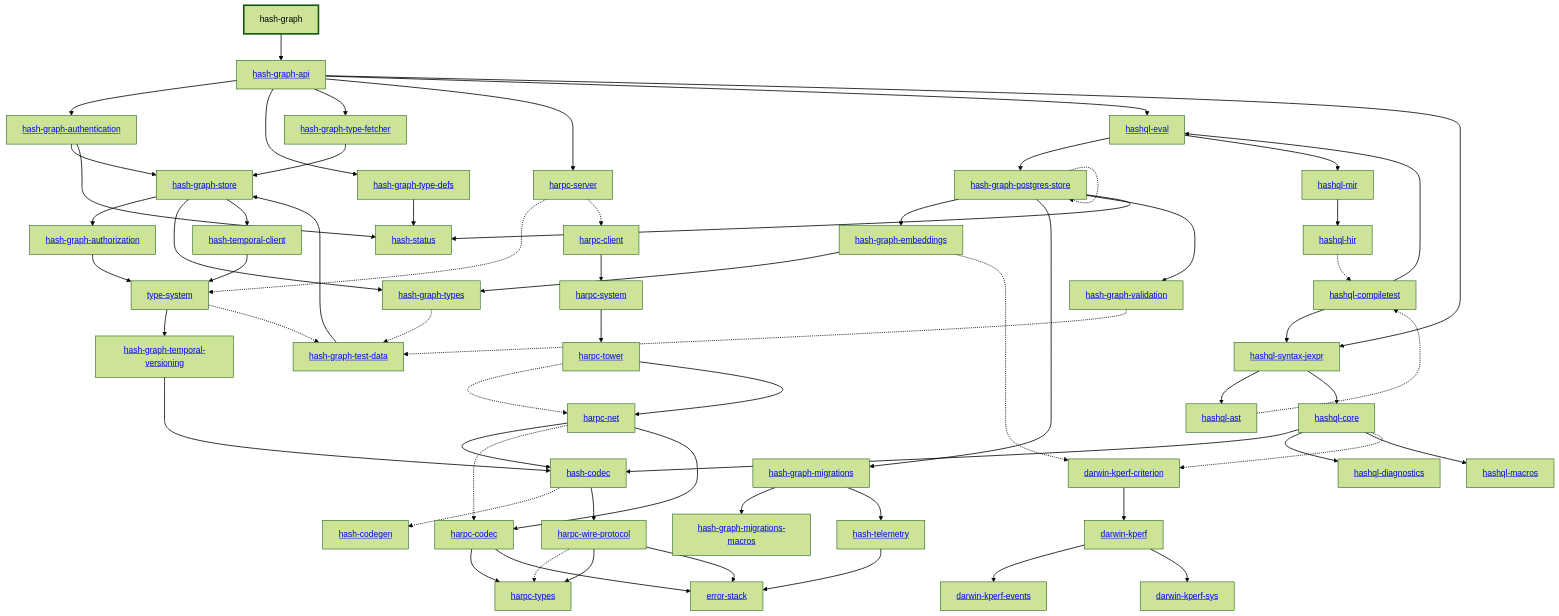
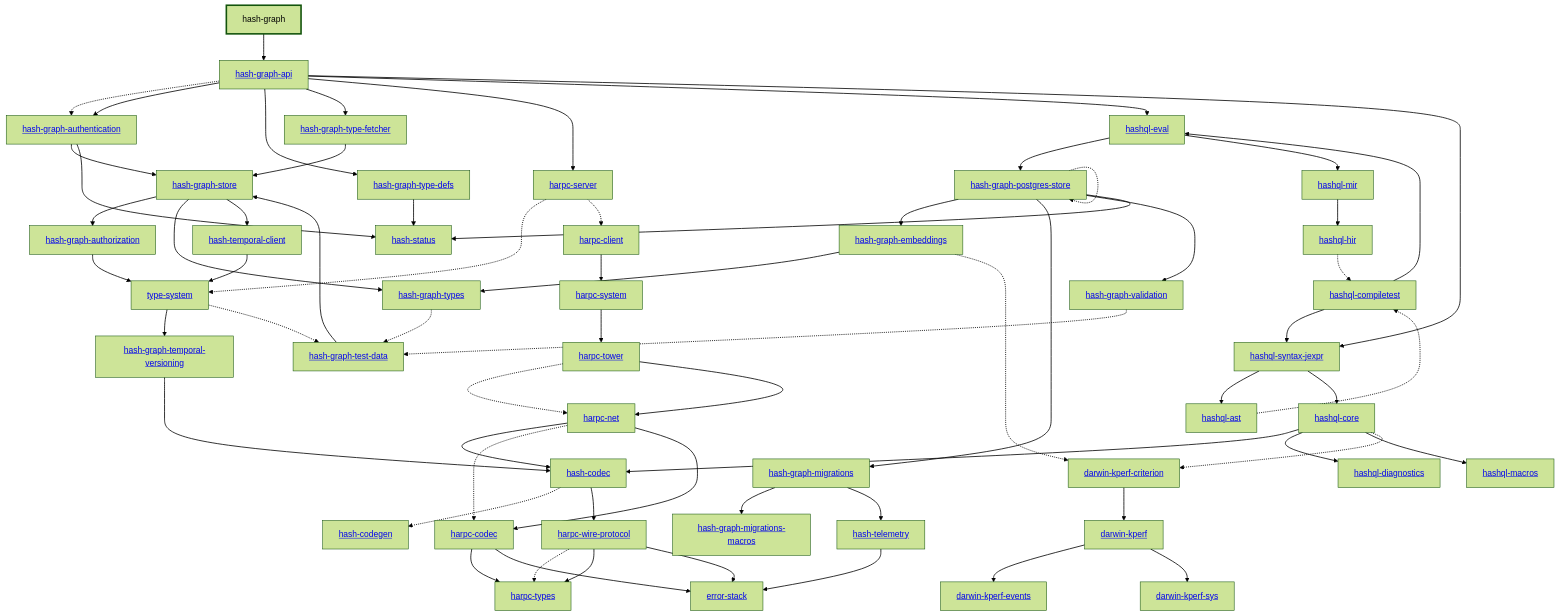
One commit to hashintel/hash changed the diagram in apps/hash-graph/docs/dependency-diagram.mmd. Above: the diagram before and after it, drawn with Mermaid (forest theme). The commit also changed 2 other files, not shown here.

Commit message:
BE-765: Regenerate the dependency diagrams
The `test-utils` dev-dependency adds an edge from the API crate to the
authentication crate, which the committed diagrams did not carry.

```diff
--- a/apps/hash-graph/docs/dependency-diagram.mmd
+++ b/apps/hash-graph/docs/dependency-diagram.mmd
@@ -1,118 +1,119 @@
 graph TD
     linkStyle default stroke-width:1.5px
     classDef default stroke-width:1px
     classDef root stroke-width:3px
     classDef dev stroke-width:1px
     classDef build stroke-width:1px
     %% Legend
     %% --> : Normal dependency
     %% -.-> : Dev dependency
     %% ---> : Build dependency
     0[hash-graph]
     class 0 root
     1[<a href="../type_system/index.html">type-system</a>]
     2[<a href="../hash_codec/index.html">hash-codec</a>]
     3[<a href="../hash_codegen/index.html">hash-codegen</a>]
     4[<a href="../hash_graph_api/index.html">hash-graph-api</a>]
     5[<a href="../hash_graph_authentication/index.html">hash-graph-authentication</a>]
     6[<a href="../hash_graph_authorization/index.html">hash-graph-authorization</a>]
     7[<a href="../hash_graph_embeddings/index.html">hash-graph-embeddings</a>]
     8[<a href="../hash_graph_migrations/index.html">hash-graph-migrations</a>]
     9[<a href="../hash_graph_migrations_macros/index.html">hash-graph-migrations-macros</a>]
     10[<a href="../hash_graph_postgres_store/index.html">hash-graph-postgres-store</a>]
     11[<a href="../hash_graph_store/index.html">hash-graph-store</a>]
     12[<a href="../hash_graph_temporal_versioning/index.html">hash-graph-temporal-versioning</a>]
     13[<a href="../hash_graph_type_defs/index.html">hash-graph-type-defs</a>]
     14[<a href="../hash_graph_type_fetcher/index.html">hash-graph-type-fetcher</a>]
     15[<a href="../hash_graph_types/index.html">hash-graph-types</a>]
     16[<a href="../hash_graph_validation/index.html">hash-graph-validation</a>]
     17[<a href="../harpc_client/index.html">harpc-client</a>]
     18[<a href="../harpc_codec/index.html">harpc-codec</a>]
     19[<a href="../harpc_net/index.html">harpc-net</a>]
     20[<a href="../harpc_server/index.html">harpc-server</a>]
     21[<a href="../harpc_system/index.html">harpc-system</a>]
     22[<a href="../harpc_tower/index.html">harpc-tower</a>]
     23[<a href="../harpc_types/index.html">harpc-types</a>]
     24[<a href="../harpc_wire_protocol/index.html">harpc-wire-protocol</a>]
     25[<a href="../hashql_ast/index.html">hashql-ast</a>]
     26[<a href="../hashql_compiletest/index.html">hashql-compiletest</a>]
     27[<a href="../hashql_core/index.html">hashql-core</a>]
     28[<a href="../hashql_diagnostics/index.html">hashql-diagnostics</a>]
     29[<a href="../hashql_eval/index.html">hashql-eval</a>]
     30[<a href="../hashql_hir/index.html">hashql-hir</a>]
     31[<a href="../hashql_macros/index.html">hashql-macros</a>]
     32[<a href="../hashql_mir/index.html">hashql-mir</a>]
     33[<a href="../hashql_syntax_jexpr/index.html">hashql-syntax-jexpr</a>]
     34[<a href="../hash_status/index.html">hash-status</a>]
     35[<a href="../hash_telemetry/index.html">hash-telemetry</a>]
     36[<a href="../hash_temporal_client/index.html">hash-temporal-client</a>]
     37[<a href="../darwin_kperf/index.html">darwin-kperf</a>]
     38[<a href="../darwin_kperf_criterion/index.html">darwin-kperf-criterion</a>]
     39[<a href="../darwin_kperf_events/index.html">darwin-kperf-events</a>]
     40[<a href="../darwin_kperf_sys/index.html">darwin-kperf-sys</a>]
     41[<a href="../error_stack/index.html">error-stack</a>]
     42[<a href="../hash_graph_test_data/index.html">hash-graph-test-data</a>]
     0 --> 4
     1 --> 12
     1 -.-> 42
     2 -.-> 3
     2 --> 24
+    4 -.-> 5
     4 --> 5
     4 --> 13
     4 --> 14
     4 --> 20
     4 --> 29
     4 --> 33
     5 --> 11
     5 --> 34
     6 --> 1
     7 --> 15
     7 -.-> 38
     8 --> 9
     8 --> 35
     10 --> 7
     10 --> 8
     10 -.-> 10
     10 --> 16
     10 --> 34
     11 --> 6
     11 --> 15
     11 --> 36
     12 --> 2
     13 --> 34
     14 --> 11
     15 -.-> 42
     16 -.-> 42
     17 --> 21
     18 --> 23
     18 --> 41
     19 --> 2
     19 -.-> 18
     19 --> 18
     20 -.-> 1
     20 -.-> 17
     21 --> 22
     22 -.-> 19
     22 --> 19
     24 -.-> 23
     24 --> 23
     24 --> 41
     25 -.-> 26
     26 --> 29
     26 --> 33
     27 --> 2
     27 --> 28
     27 --> 31
     27 -.-> 38
     29 --> 10
     29 --> 32
     30 -.-> 26
     32 --> 30
     33 --> 25
     33 --> 27
     35 --> 41
     36 --> 1
     37 --> 39
     37 --> 40
     38 --> 37
     42 --> 11
```
